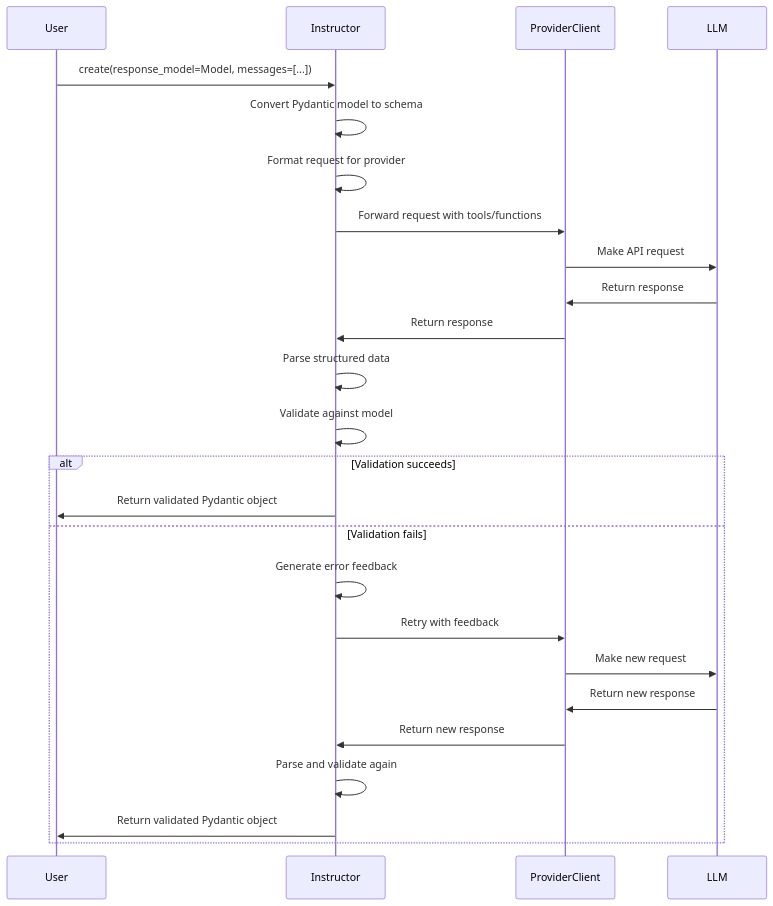
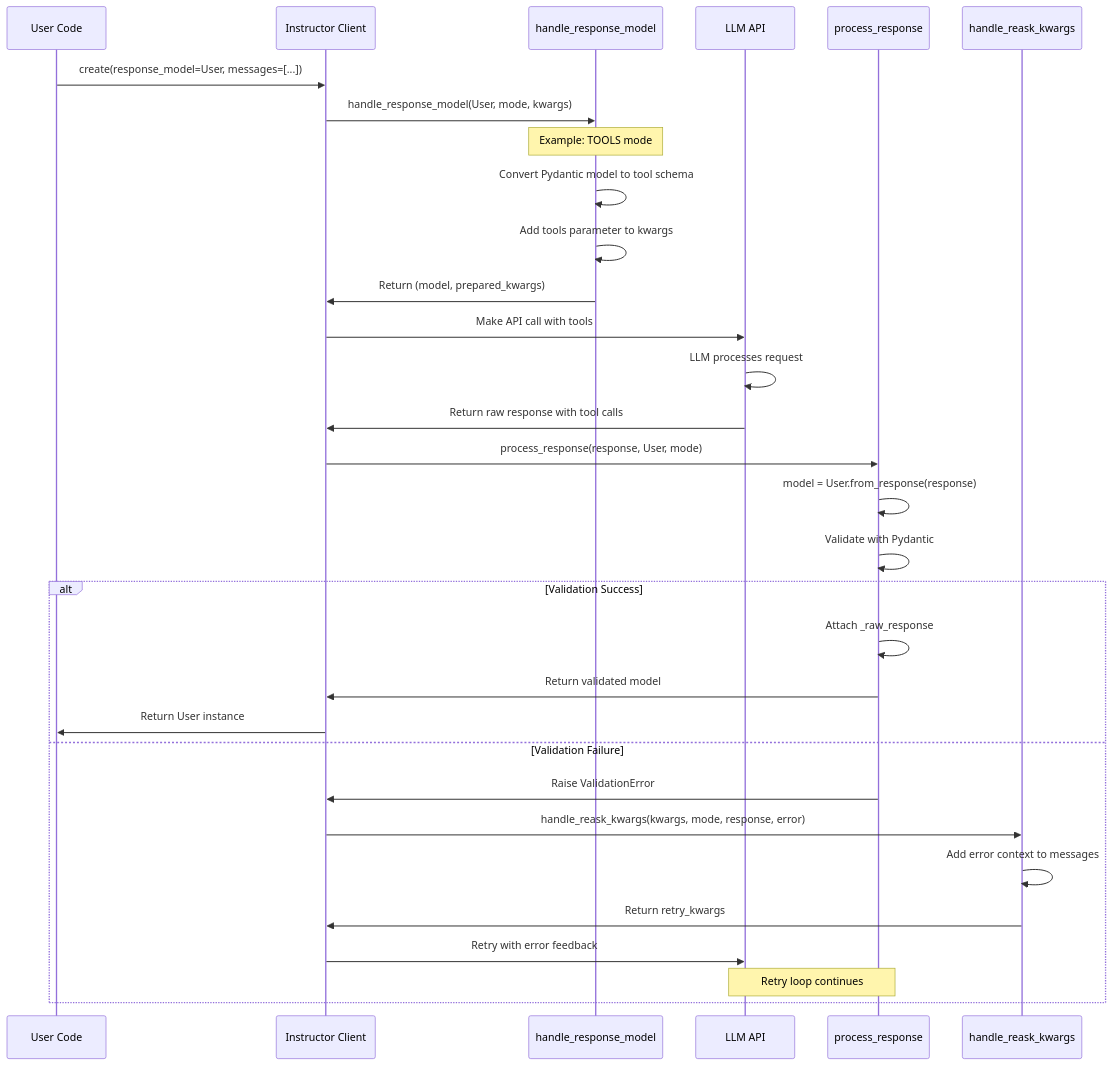
Before and after one commit to ssheraz18/instructor: the second of 2 diagrams in docs/architecture.md, drawn with Mermaid. The commit also changed other lines of this file and 5 other files, not shown here.

````diff
--- a/docs/architecture.md
+++ b/docs/architecture.md
@@ -44,29 +146,40 @@
 ```mermaid
 sequenceDiagram
-    participant User
-    participant Instructor
-    participant ProviderClient
-    participant LLM
-
-    User->>Instructor: create(response_model=Model, messages=[...])
-    Instructor->>Instructor: Convert Pydantic model to schema
-    Instructor->>Instructor: Format request for provider
-    Instructor->>ProviderClient: Forward request with tools/functions
-    ProviderClient->>LLM: Make API request
-    LLM->>ProviderClient: Return response
-    ProviderClient->>Instructor: Return response
-    Instructor->>Instructor: Parse structured data
-    Instructor->>Instructor: Validate against model
-
-    alt Validation succeeds
-        Instructor->>User: Return validated Pydantic object
-    else Validation fails
-        Instructor->>Instructor: Generate error feedback
-        Instructor->>ProviderClient: Retry with feedback
-        ProviderClient->>LLM: Make new request
-        LLM->>ProviderClient: Return new response
-        ProviderClient->>Instructor: Return new response
-        Instructor->>Instructor: Parse and validate again
-        Instructor->>User: Return validated Pydantic object
+    participant User as User Code
+    participant Client as Instructor Client
+    participant HandleModel as handle_response_model
+    participant API as LLM API
+    participant ProcessResp as process_response
+    participant Reask as handle_reask_kwargs
+    
+    %% Request Phase
+    User->>Client: create(response_model=User, messages=[...])
+    Client->>HandleModel: handle_response_model(User, mode, kwargs)
+    
+    Note over HandleModel: Example: TOOLS mode
+    HandleModel->>HandleModel: Convert Pydantic model to tool schema
+    HandleModel->>HandleModel: Add tools parameter to kwargs
+    
+    HandleModel->>Client: Return (model, prepared_kwargs)
+    Client->>API: Make API call with tools
+    API->>API: LLM processes request
+    API->>Client: Return raw response with tool calls
+    
+    %% Response Processing Phase
+    Client->>ProcessResp: process_response(response, User, mode)
+    ProcessResp->>ProcessResp: model = User.from_response(response)
+    ProcessResp->>ProcessResp: Validate with Pydantic
+    
+    alt Validation Success
+        ProcessResp->>ProcessResp: Attach _raw_response
+        ProcessResp->>Client: Return validated model
+        Client->>User: Return User instance
+    else Validation Failure
+        ProcessResp->>Client: Raise ValidationError
+        Client->>Reask: handle_reask_kwargs(kwargs, mode, response, error)
+        Reask->>Reask: Add error context to messages
+        Reask->>Client: Return retry_kwargs
+        Client->>API: Retry with error feedback
+        Note over API,ProcessResp: Retry loop continues
     end
 ```
````
